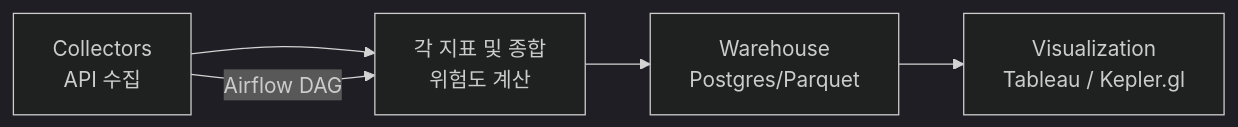
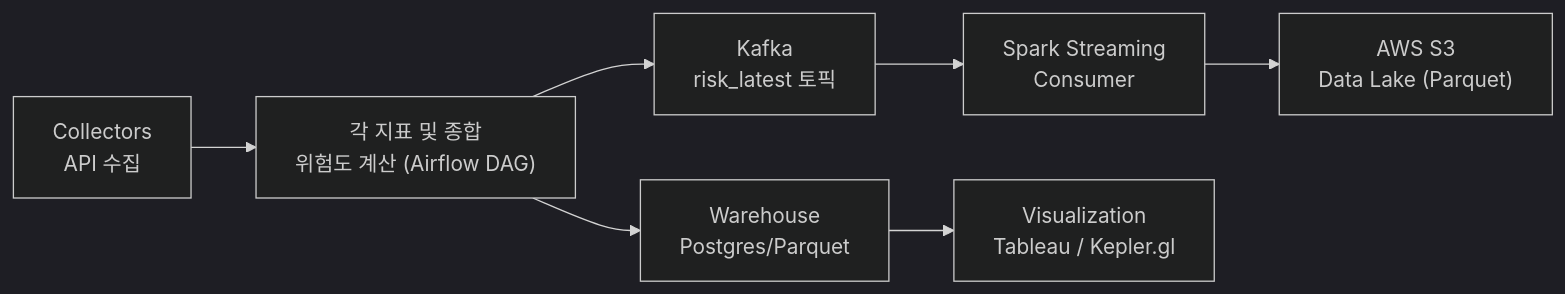
Before and after one commit to HongJunseong/weather-risk-assessment: the diagram in README.md, drawn with Mermaid (dark theme). The commit also changed other lines of this file, not shown here.

````diff
--- a/README.md
+++ b/README.md
@@ -74,7 +75,9 @@
 ```mermaid
 flowchart LR
-  A[Collectors<br>API 수집] --> B[각 지표 및 종합<br>위험도 계산]
-  B --> C[Warehouse<br>Postgres/Parquet]
-  C --> D[Visualization<br>Tableau / Kepler.gl]
-  A -->|Airflow DAG| B
+  A["Collectors<br>API 수집"] --> B["각 지표 및 종합<br>위험도 계산 (Airflow DAG)"]
+  B --> C["Warehouse<br>Postgres/Parquet"]
+  B --> K["Kafka<br>risk_latest 토픽"]
+  K --> S["Spark Streaming<br>Consumer"]
+  S --> L["AWS S3<br>Data Lake (Parquet)"]
+  C --> V["Visualization<br>Tableau / Kepler.gl"]
 ```
````
